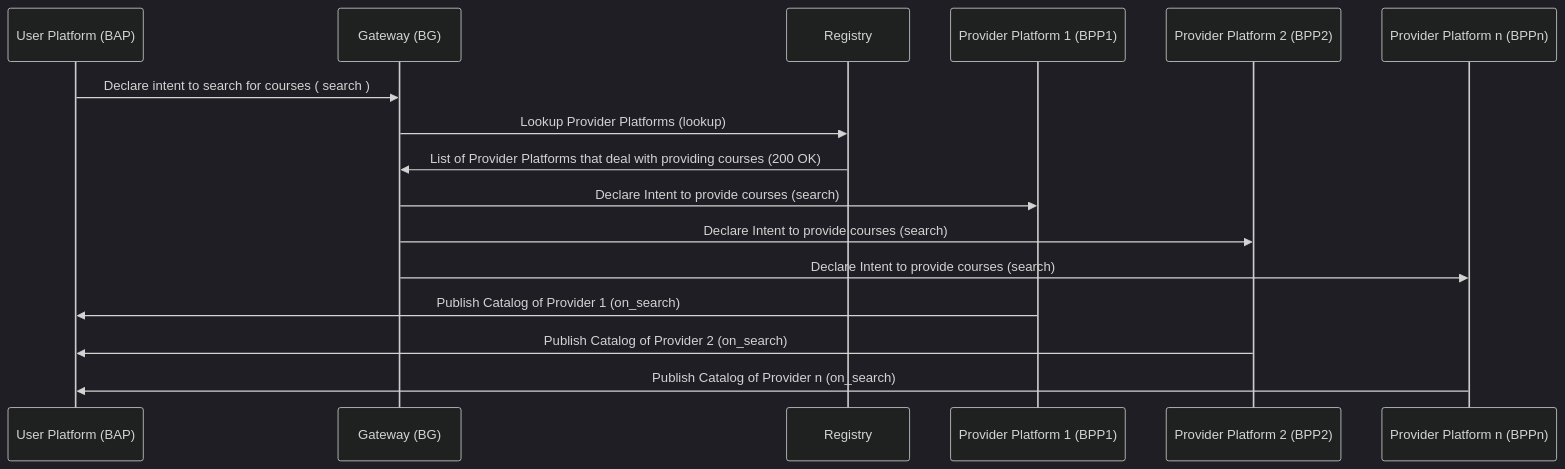
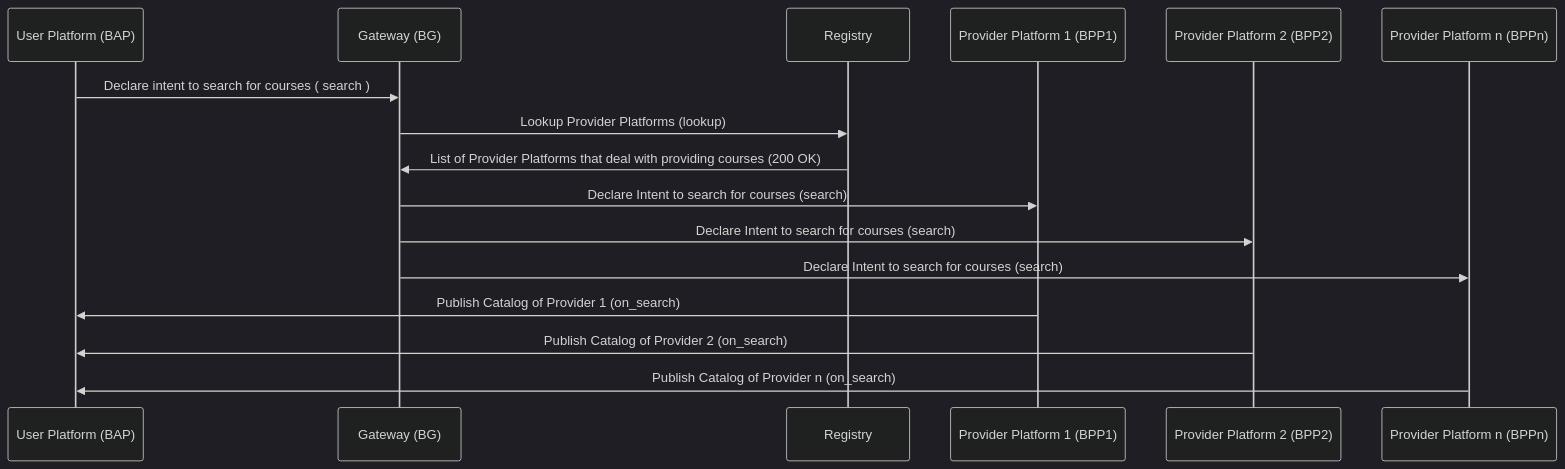
Before and after one commit to beckn/DSEP-Specification: the second of 12 diagrams in docs/example-implementations/course-discovery-and-booking.md, drawn with Mermaid (dark theme). The commit also changed other lines of this file, not shown here.

````diff
--- a/docs/example-implementations/course-discovery-and-booking.md
+++ b/docs/example-implementations/course-discovery-and-booking.md
@@ -87,12 +87,12 @@
 ```mermaid
   sequenceDiagram
     User Platform (BAP)->> Gateway (BG): Declare intent to search for courses ( search )
     Gateway (BG)->> Registry: Lookup Provider Platforms (lookup)
     Registry ->> Gateway (BG): List of Provider Platforms that deal with providing courses (200 OK)
-    Gateway (BG)->> Provider Platform 1 (BPP1): Declare Intent to provide courses (search)
-    Gateway (BG)->> Provider Platform 2 (BPP2): Declare Intent to provide courses (search)
-    Gateway (BG)->> Provider Platform n (BPPn): Declare Intent to provide courses (search)
+    Gateway (BG)->> Provider Platform 1 (BPP1): Declare Intent to search for courses (search)
+    Gateway (BG)->> Provider Platform 2 (BPP2): Declare Intent to search for courses (search)
+    Gateway (BG)->> Provider Platform n (BPPn): Declare Intent to search for courses (search)
     Provider Platform 1 (BPP1)->> User Platform (BAP): Publish Catalog of Provider 1 (on_search)
     Provider Platform 2 (BPP2)->> User Platform (BAP): Publish Catalog of Provider 2 (on_search)
     Provider Platform n (BPPn)->> User Platform (BAP): Publish Catalog of Provider n (on_search)
 ```
````
